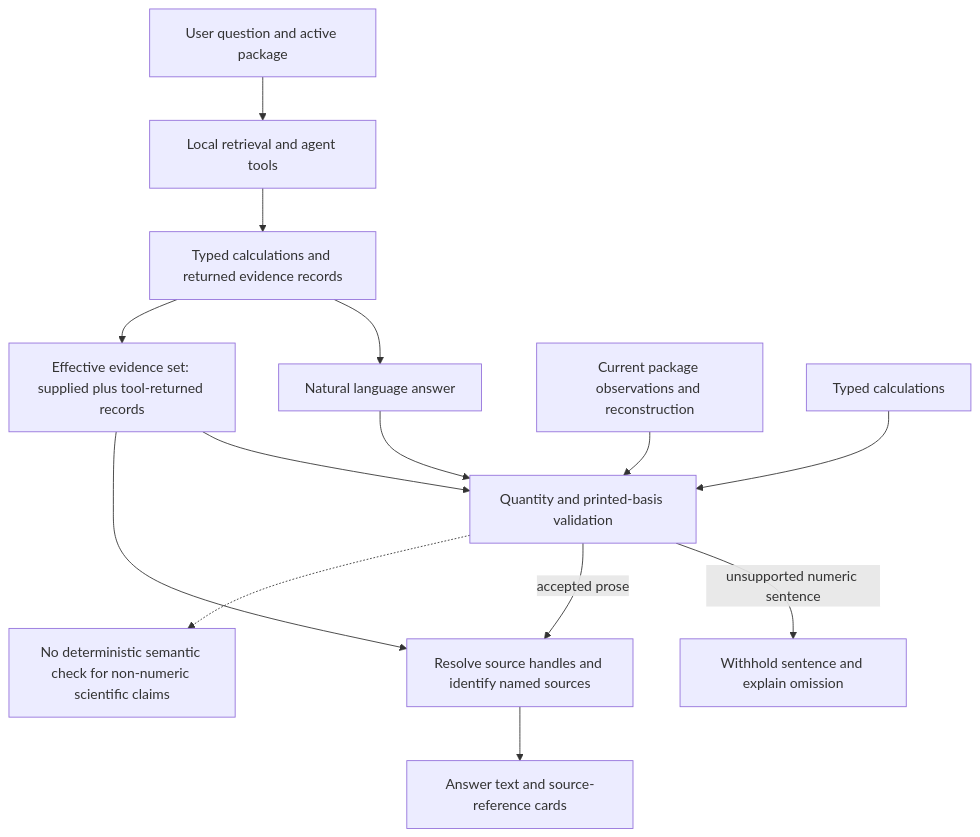
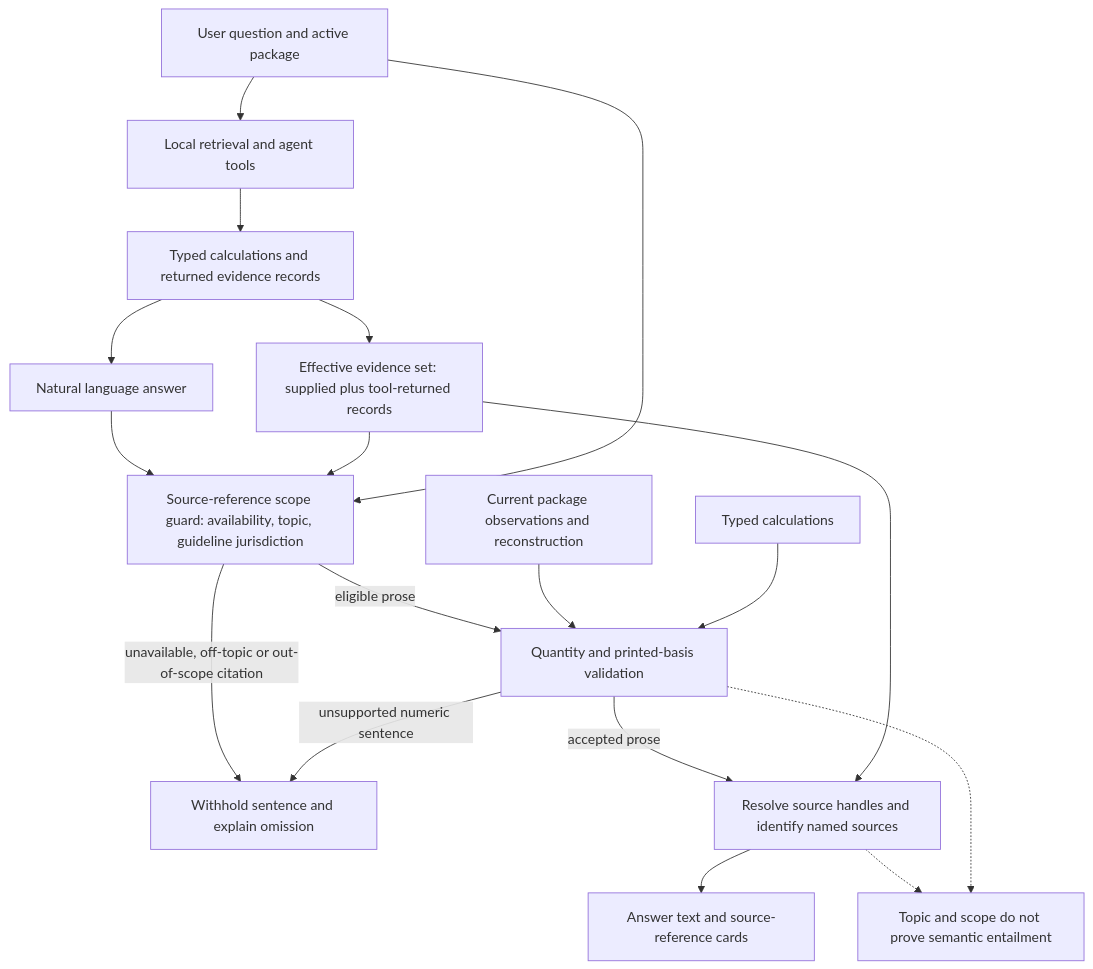
One commit to Suvichan2005/NutriScan changed the diagram in docs/diagrams/production-answer-evidence-flow.md. Above: the diagram before and after it, drawn with Mermaid. The commit also changed other lines of this file and 8 other files, not shown here.

Commit message:
Filter source-linked answers by topic and scope

````diff
--- a/docs/diagrams/production-answer-evidence-flow.md
+++ b/docs/diagrams/production-answer-evidence-flow.md
@@ -5,16 +5,20 @@
 ```mermaid
 flowchart TD
   Q[User question and active package] --> R[Local retrieval and agent tools]
   R --> T[Typed calculations and returned evidence records]
   T --> M[Natural language answer]
   T --> E[Effective evidence set: supplied plus tool-returned records]
-  M --> V[Quantity and printed-basis validation]
-  E --> V
+  M --> S[Source-reference scope guard: availability, topic, guideline jurisdiction]
+  E --> S
+  Q --> S
+  S -->|eligible prose| V[Quantity and printed-basis validation]
   P[Current package observations and reconstruction] --> V
   C[Typed calculations] --> V
-  V -->|unsupported numeric sentence| W[Withhold sentence and explain omission]
+  S -->|unavailable, off-topic or out-of-scope citation| W[Withhold sentence and explain omission]
+  V -->|unsupported numeric sentence| W
   V -->|accepted prose| I[Resolve source handles and identify named sources]
   E --> I
   I --> U[Answer text and source-reference cards]
-  V -.-> L[No deterministic semantic check for non-numeric scientific claims]
+  I -.-> L[Topic and scope do not prove semantic entailment]
+  V -.-> L
 ```
````
